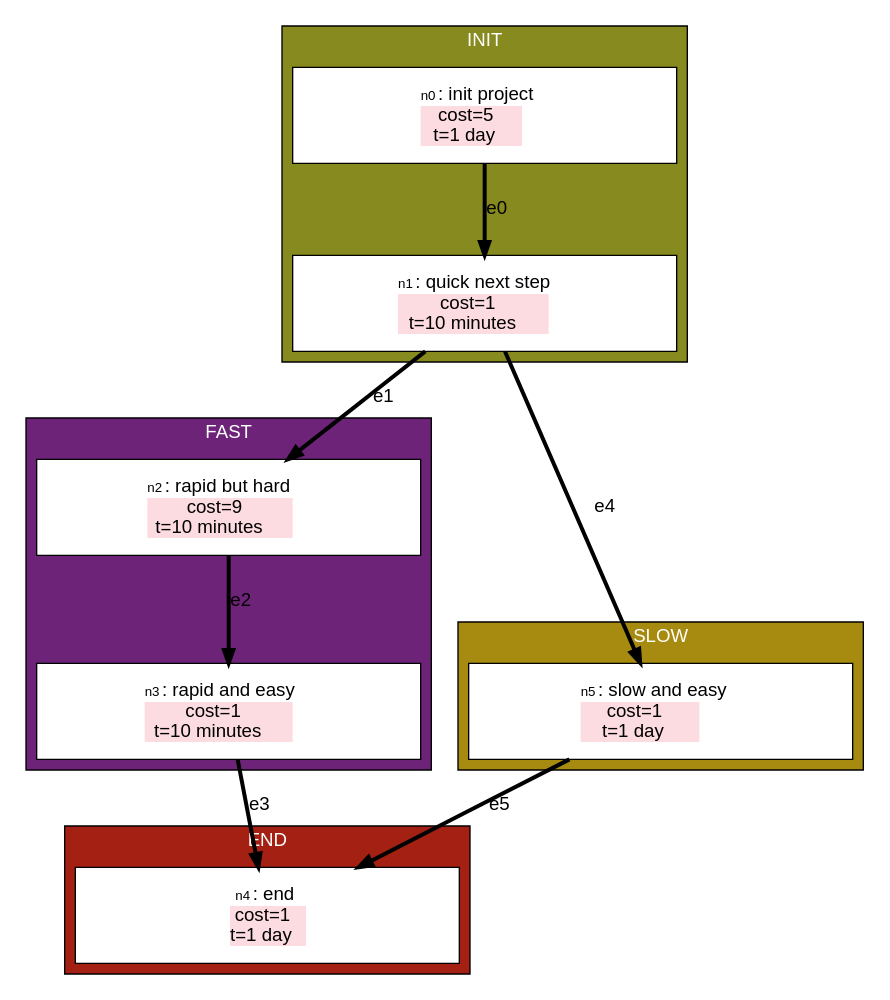
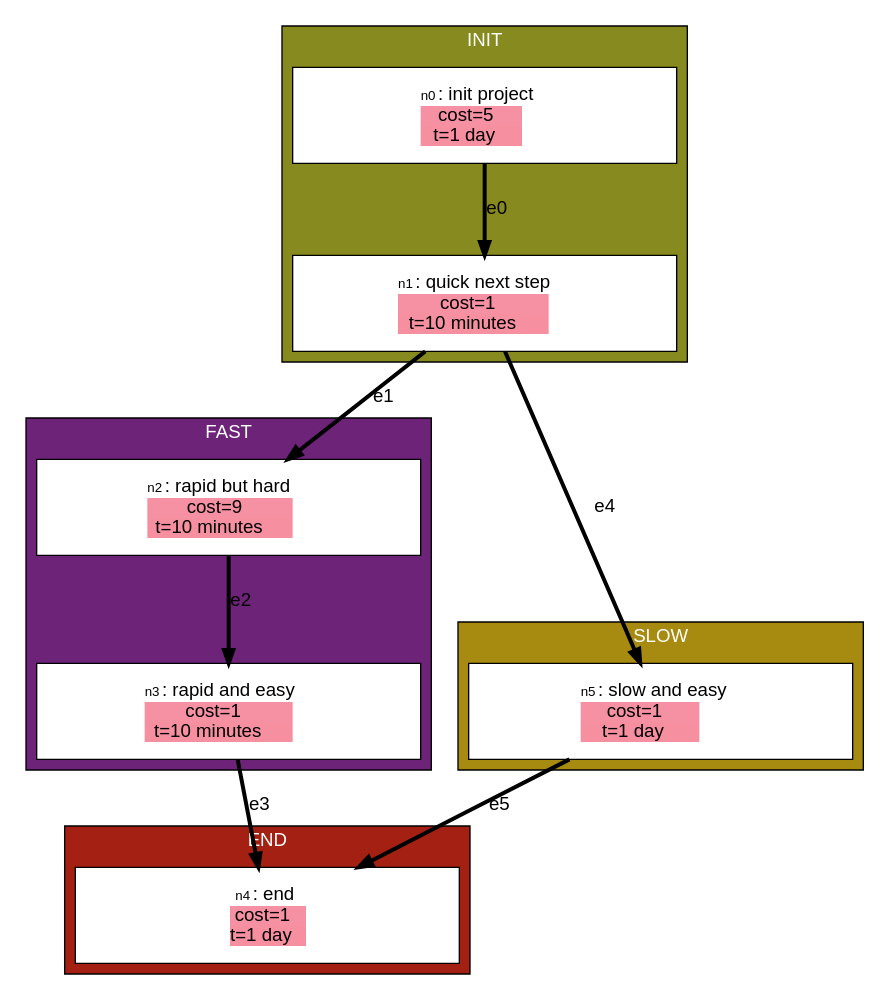
One commit to stevecooperorg/microdot changed the diagram in examples/bit_of_everything.dot. Above: the diagram before and after it, drawn with Graphviz. The commit also changed 9 other files, not shown here.

```diff
--- a/examples/bit_of_everything.dot
+++ b/examples/bit_of_everything.dot
@@ -1,137 +1,137 @@
 digraph {
 
     graph [fontname = "helvetica" rankdir="TB" ranksep=0.75 nodesep=0.5];
     node [fontname = "helvetica" shape = "box" width=2.5 style=filled];
     edge [fontname = "helvetica" penwidth=3 color="#000000"];
 
   subgraph cluster_END {
   label="END"
   bgcolor="#A32012"
   fontcolor="#FFFFFF"
     n4 [width=4 height=1 label=< <TABLE BORDER="0" CELLPADDING="0" CELLSPACING="0">
     <TR>
         <TD COLSPAN="2"><FONT POINT-SIZE="10">n4</FONT>: end</TD>
     </TR>
     
         
            <TR>
-<TD BGCOLOR="#FCDBE1">cost=1</TD>
+<TD BGCOLOR="#F690A3">cost=1</TD>
 </TR>
         
            <TR>
-<TD BGCOLOR="#FCDBE1">t=1 day</TD>
+<TD BGCOLOR="#F690A1">t=1 day</TD>
 </TR>
         
     
    </TABLE>
 > fillcolor="#FFFFFF"]
   }
   subgraph cluster_FAST {
   label="FAST"
   bgcolor="#6C2378"
   fontcolor="#FFFFFF"
     n2 [width=4 height=1 label=< <TABLE BORDER="0" CELLPADDING="0" CELLSPACING="0">
     <TR>
         <TD COLSPAN="2"><FONT POINT-SIZE="10">n2</FONT>: rapid but hard</TD>
     </TR>
     
         
            <TR>
-<TD BGCOLOR="#FCDBE1">cost=9</TD>
+<TD BGCOLOR="#F690A3">cost=9</TD>
 </TR>
         
            <TR>
-<TD BGCOLOR="#FCDBE1">t=10 minutes</TD>
+<TD BGCOLOR="#F690A1">t=10 minutes</TD>
 </TR>
         
     
    </TABLE>
 > fillcolor="#FFFFFF"]
     n3 [width=4 height=1 label=< <TABLE BORDER="0" CELLPADDING="0" CELLSPACING="0">
     <TR>
         <TD COLSPAN="2"><FONT POINT-SIZE="10">n3</FONT>: rapid and easy</TD>
     </TR>
     
         
            <TR>
-<TD BGCOLOR="#FCDBE1">cost=1</TD>
+<TD BGCOLOR="#F690A3">cost=1</TD>
 </TR>
         
            <TR>
-<TD BGCOLOR="#FCDBE1">t=10 minutes</TD>
+<TD BGCOLOR="#F690A1">t=10 minutes</TD>
 </TR>
         
     
    </TABLE>
 > fillcolor="#FFFFFF"]
   }
   subgraph cluster_INIT {
   label="INIT"
   bgcolor="#878A1E"
   fontcolor="#FFFFFF"
     n0 [width=4 height=1 label=< <TABLE BORDER="0" CELLPADDING="0" CELLSPACING="0">
     <TR>
         <TD COLSPAN="2"><FONT POINT-SIZE="10">n0</FONT>: init project</TD>
     </TR>
     
         
            <TR>
-<TD BGCOLOR="#FCDBE1">cost=5</TD>
+<TD BGCOLOR="#F690A3">cost=5</TD>
 </TR>
         
            <TR>
-<TD BGCOLOR="#FCDBE1">t=1 day</TD>
+<TD BGCOLOR="#F690A1">t=1 day</TD>
 </TR>
         
     
    </TABLE>
 > fillcolor="#FFFFFF"]
     n1 [width=4 height=1 label=< <TABLE BORDER="0" CELLPADDING="0" CELLSPACING="0">
     <TR>
         <TD COLSPAN="2"><FONT POINT-SIZE="10">n1</FONT>: quick next step</TD>
     </TR>
     
         
            <TR>
-<TD BGCOLOR="#FCDBE1">cost=1</TD>
+<TD BGCOLOR="#F690A3">cost=1</TD>
 </TR>
         
            <TR>
-<TD BGCOLOR="#FCDBE1">t=10 minutes</TD>
+<TD BGCOLOR="#F690A1">t=10 minutes</TD>
 </TR>
         
     
    </TABLE>
 > fillcolor="#FFFFFF"]
   }
   subgraph cluster_SLOW {
   label="SLOW"
   bgcolor="#A78A10"
   fontcolor="#FFFFFF"
     n5 [width=4 height=1 label=< <TABLE BORDER="0" CELLPADDING="0" CELLSPACING="0">
     <TR>
         <TD COLSPAN="2"><FONT POINT-SIZE="10">n5</FONT>: slow and easy</TD>
     </TR>
     
         
            <TR>
-<TD BGCOLOR="#FCDBE1">cost=1</TD>
+<TD BGCOLOR="#F690A3">cost=1</TD>
 </TR>
         
            <TR>
-<TD BGCOLOR="#FCDBE1">t=1 day</TD>
+<TD BGCOLOR="#F690A1">t=1 day</TD>
 </TR>
         
     
    </TABLE>
 > fillcolor="#FFFFFF"]
   }
 
     "n0" -> "n1" [label="e0"];
     "n1" -> "n2" [label="e1"];
     "n2" -> "n3" [label="e2"];
     "n3" -> "n4" [label="e3"];
     "n1" -> "n5" [label="e4"];
     "n5" -> "n4" [label="e5"];
 
 }
```
